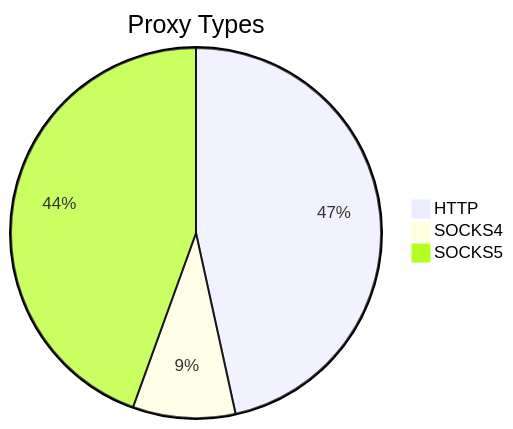
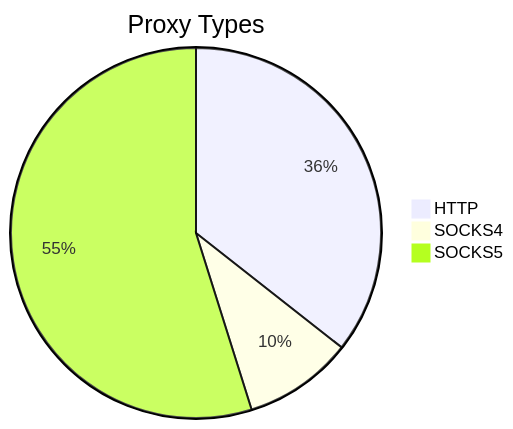
Before and after one commit to stormsia/proxy-list: the first of 2 diagrams in README.md, drawn with Mermaid. The commit also changed other lines of this file, not shown here.

````diff
--- a/README.md
+++ b/README.md
@@ -21,6 +21,6 @@
 ```mermaid
 pie title Proxy Types
-    "HTTP" : 156
-    "SOCKS4" : 30
-    "SOCKS5" : 149
+    "HTTP" : 220
+    "SOCKS4" : 59
+    "SOCKS5" : 339
 ```
````
